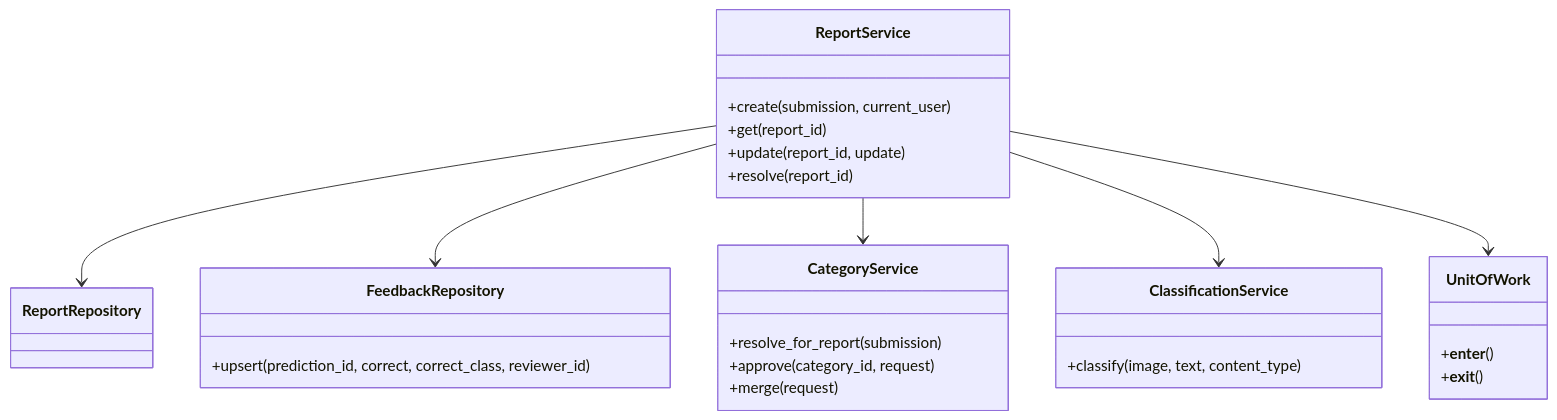
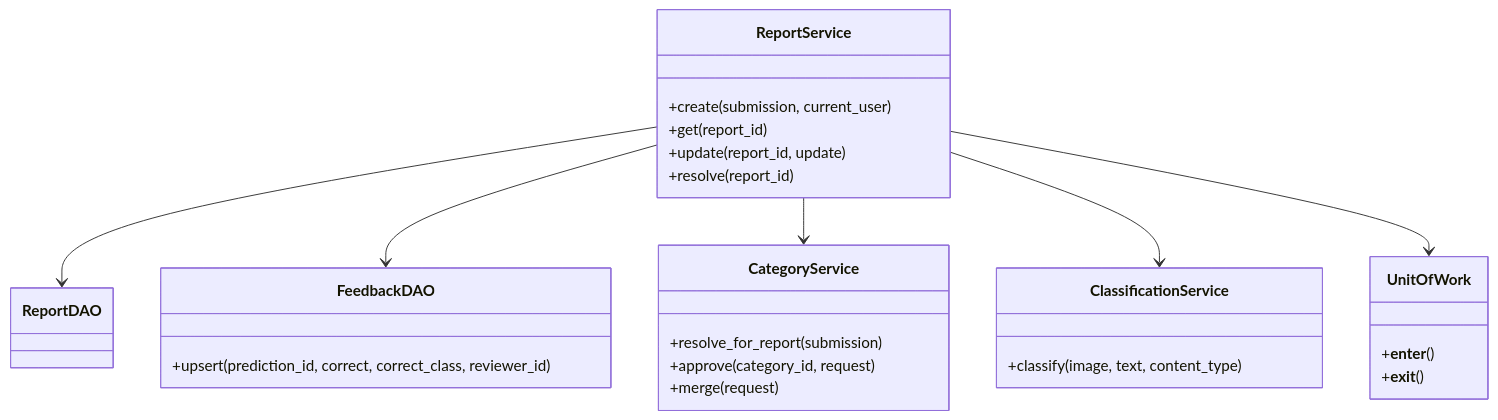
The second of 2 diagrams in docs/ARQUITECTURA.md (ValentinFranco08/BolivarReporte), drawn with Mermaid before and after one commit. The commit also changed other lines of this file and 106 other files, not shown here.

````diff
--- a/docs/ARQUITECTURA.md
+++ b/docs/ARQUITECTURA.md
@@ -84,30 +90,30 @@
 ```mermaid
 classDiagram
     class ReportService {
         +create(submission, current_user)
         +get(report_id)
         +update(report_id, update)
         +resolve(report_id)
     }
-    class ReportRepository
-    class FeedbackRepository {
+    class ReportDAO
+    class FeedbackDAO {
         +upsert(prediction_id, correct, correct_class, reviewer_id)
     }
     class CategoryService {
         +resolve_for_report(submission)
         +approve(category_id, request)
         +merge(request)
     }
     class ClassificationService {
         +classify(image, text, content_type)
     }
     class UnitOfWork {
         +__enter__()
         +__exit__()
     }
-    ReportService --> ReportRepository
-    ReportService --> FeedbackRepository
+    ReportService --> ReportDAO
+    ReportService --> FeedbackDAO
     ReportService --> CategoryService
     ReportService --> ClassificationService
     ReportService --> UnitOfWork
 ```
````
